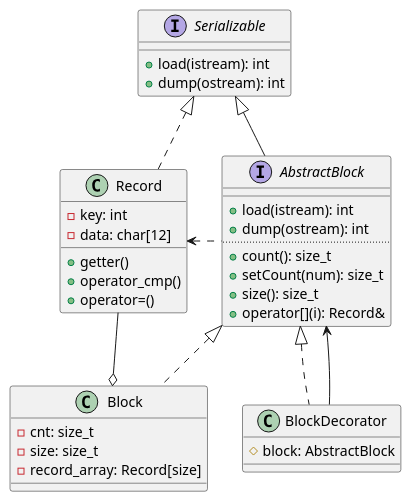
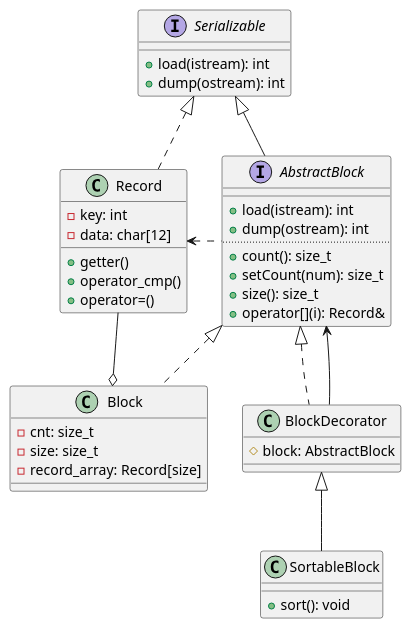
Before and after one commit to old6ix/HIT-Database-System-Labs: the diagram in docs/ClassDiagram.puml, drawn with PlantUML. The commit also changed 3 other files, not shown here.

```diff
--- a/docs/ClassDiagram.puml
+++ b/docs/ClassDiagram.puml
@@ -1,48 +1,55 @@
 interface Serializable
 {
     +load(istream): int
     +dump(ostream): int
 }
 
 class Record
 {
     -key: int
     -data: char[12]
     +getter()
     +operator_cmp()
     +operator=()
 }
 
 interface AbstractBlock
 {
     __
     +load(istream): int
     +dump(ostream): int
     ..
     +count(): size_t
     +setCount(num): size_t
     +size(): size_t
     +operator[](i): Record&
 }
 
 class Block
 {
     -cnt: size_t
     -size: size_t
     -record_array: Record[size]
 }
 
 class BlockDecorator
 {
     #block: AbstractBlock
 }
 
+class SortableBlock
+{
+    +sort(): void
+}
+
 Serializable <|.. Record
 Serializable <|-- AbstractBlock
 AbstractBlock <|.. BlockDecorator
 AbstractBlock <-- BlockDecorator
 
+BlockDecorator <|-- SortableBlock
+
 Record <. AbstractBlock
 AbstractBlock <|.. Block
 
 Record -o Block
```
